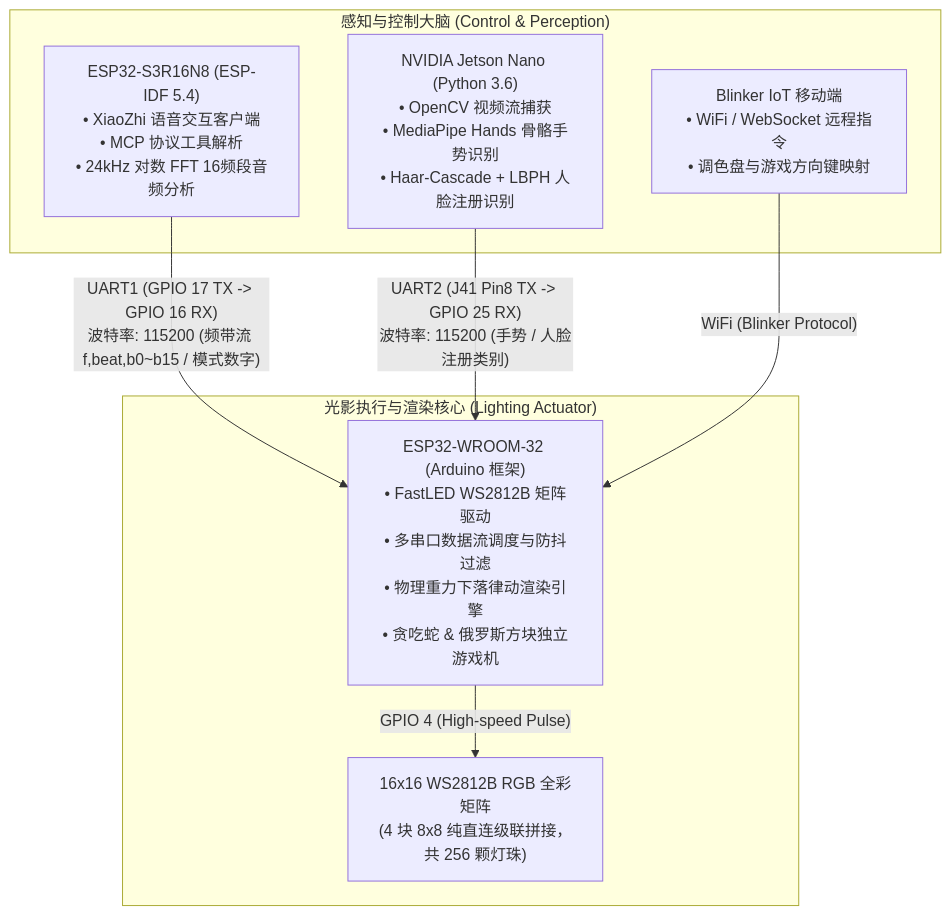
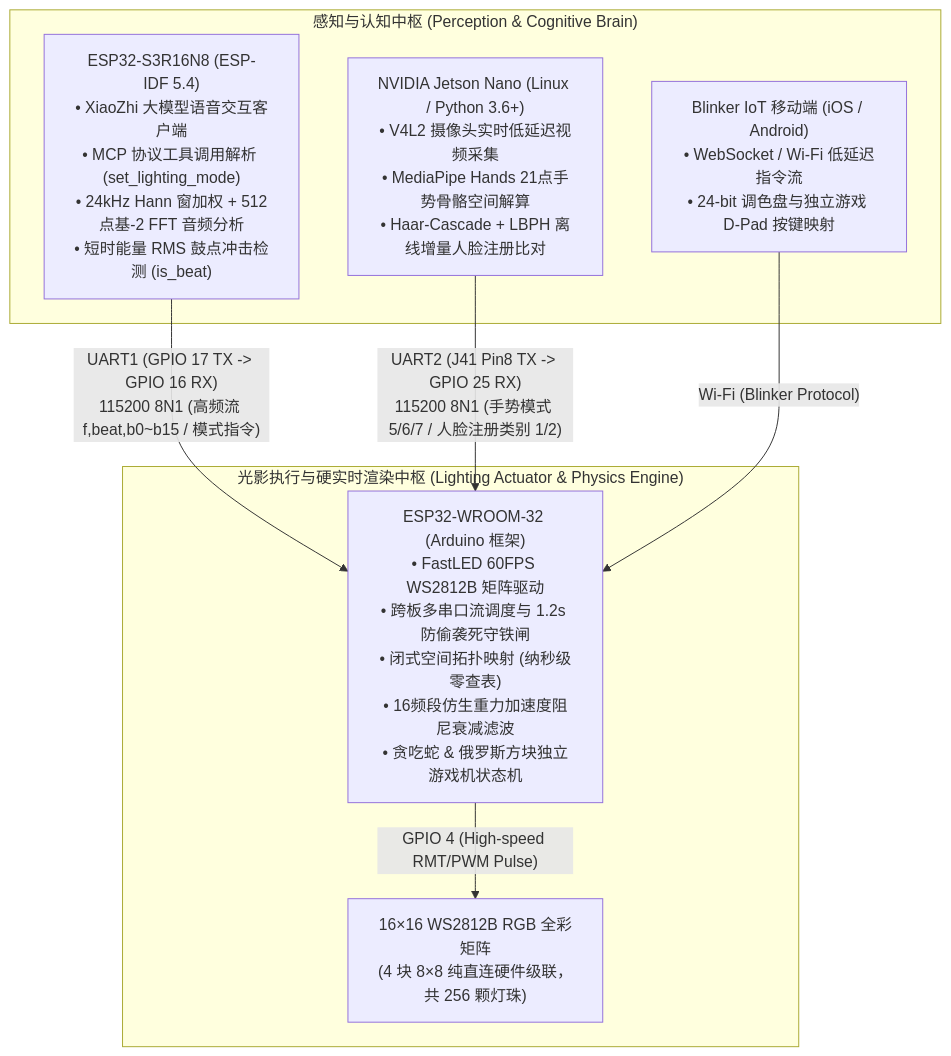
One commit to DongFengPo1412/Intelligent-Lighting-Control-System-Mid changed the first of 2 diagrams in README.md. Above: the diagram before and after it, drawn with Mermaid. The commit also changed other lines of this file and 7 other files, not shown here.

````diff
--- a/README.md
+++ b/README.md
@@ -34,18 +44,18 @@
 ```mermaid
 graph TD
-    subgraph "感知与控制大脑 (Control & Perception)"
-        S3["ESP32-S3R16N8 (ESP-IDF 5.4)<br>• XiaoZhi 语音交互客户端<br>• MCP 协议工具解析<br>• 24kHz 对数 FFT 16频段音频分析"]
-        JN["NVIDIA Jetson Nano (Python 3.6)<br>• OpenCV 视频流捕获<br>• MediaPipe Hands 骨骼手势识别<br>• Haar-Cascade + LBPH 人脸注册识别"]
-        APP["Blinker IoT 移动端<br>• WiFi / WebSocket 远程指令<br>• 调色盘与游戏方向键映射"]
+    subgraph "感知与认知中枢 (Perception & Cognitive Brain)"
+        S3["ESP32-S3R16N8 (ESP-IDF 5.4)<br>• XiaoZhi 大模型语音交互客户端<br>• MCP 协议工具调用解析 (set_lighting_mode)<br>• 24kHz Hann 窗加权 + 512点基-2 FFT 音频分析<br>• 短时能量 RMS 鼓点冲击检测 (is_beat)"]
+        JN["NVIDIA Jetson Nano (Linux / Python 3.6+)<br>• V4L2 摄像头实时低延迟视频采集<br>• MediaPipe Hands 21点手势骨骼空间解算<br>• Haar-Cascade + LBPH 离线增量人脸注册比对"]
+        APP["Blinker IoT 移动端 (iOS / Android)<br>• WebSocket / Wi-Fi 低延迟指令流<br>• 24-bit 调色盘与独立游戏 D-Pad 按键映射"]
     end
 
-    subgraph "光影执行与渲染核心 (Lighting Actuator)"
-        WROOM["ESP32-WROOM-32 (Arduino 框架)<br>• FastLED WS2812B 矩阵驱动<br>• 多串口数据流调度与防抖过滤<br>• 物理重力下落律动渲染引擎<br>• 贪吃蛇 & 俄罗斯方块独立游戏机"]
-        MATRIX["16x16 WS2812B RGB 全彩矩阵<br>(4 块 8x8 纯直连级联拼接，共 256 颗灯珠)"]
+    subgraph "光影执行与硬实时渲染中枢 (Lighting Actuator & Physics Engine)"
+        WROOM["ESP32-WROOM-32 (Arduino 框架)<br>• FastLED 60FPS WS2812B 矩阵驱动<br>• 跨板多串口流调度与 1.2s 防偷袭死守铁闸<br>• 闭式空间拓扑映射 (纳秒级零查表)<br>• 16频段仿生重力加速度阻尼衰减滤波<br>• 贪吃蛇 & 俄罗斯方块独立游戏机状态机"]
+        MATRIX["16×16 WS2812B RGB 全彩矩阵<br>(4 块 8×8 纯直连硬件级联，共 256 颗灯珠)"]
     end
 
-    S3 -- "UART1 (GPIO 17 TX -> GPIO 16 RX)<br>波特率: 115200 (频带流 f,beat,b0~b15 / 模式数字)" --> WROOM
-    JN -- "UART2 (J41 Pin8 TX -> GPIO 25 RX)<br>波特率: 115200 (手势 / 人脸注册类别)" --> WROOM
-    APP -- "WiFi (Blinker Protocol)" --> WROOM
-    WROOM -- "GPIO 4 (High-speed Pulse)" --> MATRIX
+    S3 -- "UART1 (GPIO 17 TX -> GPIO 16 RX)<br>115200 8N1 (高频流 f,beat,b0~b15 / 模式指令)" --> WROOM
+    JN -- "UART2 (J41 Pin8 TX -> GPIO 25 RX)<br>115200 8N1 (手势模式 5/6/7 / 人脸注册类别 1/2)" --> WROOM
+    APP -- "Wi-Fi (Blinker Protocol)" --> WROOM
+    WROOM -- "GPIO 4 (High-speed RMT/PWM Pulse)" --> MATRIX
 ```
````
